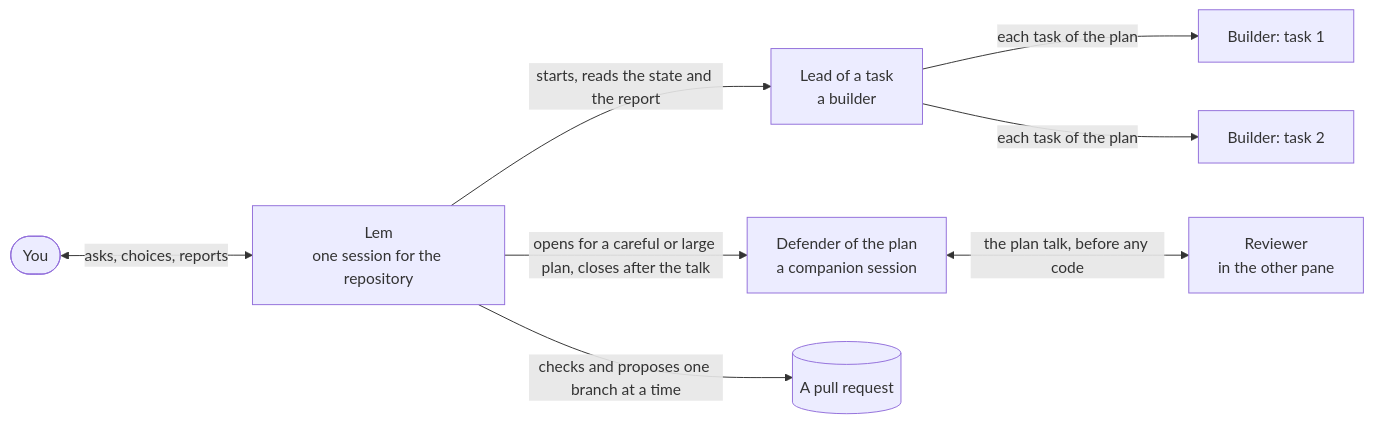
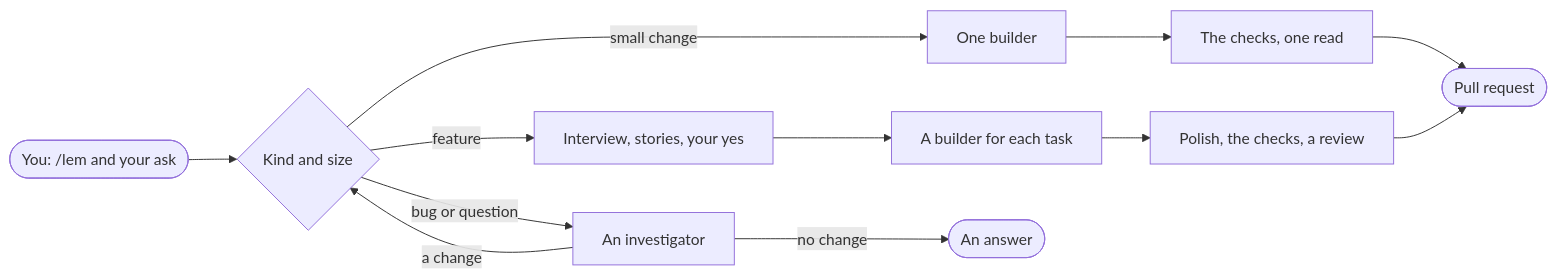
The diagram in README.md (pySilver/lem), drawn with Mermaid before and after one commit. The commit also changed other lines of this file and 5 other files, not shown here.

````diff
--- a/README.md
+++ b/README.md
@@ -417,10 +52,10 @@
 ```mermaid
 flowchart LR
-    you([You]) <-- asks, choices, reports --> lem[Lem<br/>one session for the repository]
-    lem -- starts, reads the state and the report --> leadA[Lead of a task<br/>a builder]
-    lem -- opens for a careful or large plan, closes after the talk --> leadB[Defender of the plan<br/>a companion session]
-    leadB <-- the plan talk, before any code --> rev[Reviewer<br/>in the other pane]
-    leadA -- each task of the plan --> b1[Builder: task 1]
-    leadA -- each task of the plan --> b2[Builder: task 2]
-    lem -- checks and proposes one branch at a time --> pr[(A pull request)]
+    ask([You: /lem and your ask]) --> size{Kind and size}
+    size -- small change --> one[One builder] --> read[The checks, one read]
+    size -- feature --> you[Interview, stories, your yes] --> build[A builder for each task] --> full[Polish, the checks, a review]
+    size -- bug or question --> inv[An investigator] -- a change --> size
+    inv -- no change --> ans([An answer])
+    read --> pr([Pull request])
+    full --> pr
 ```
````
